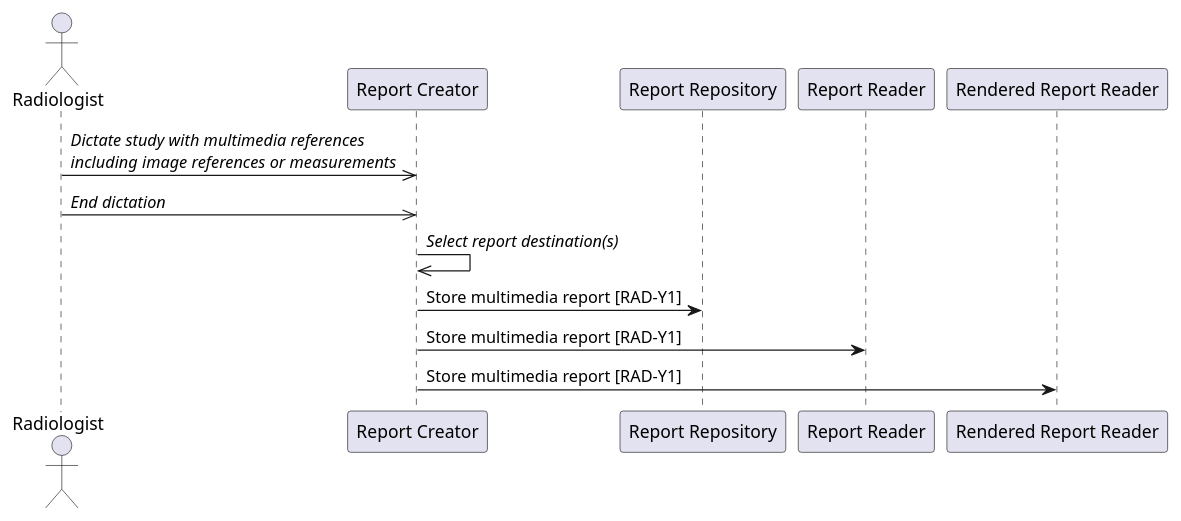
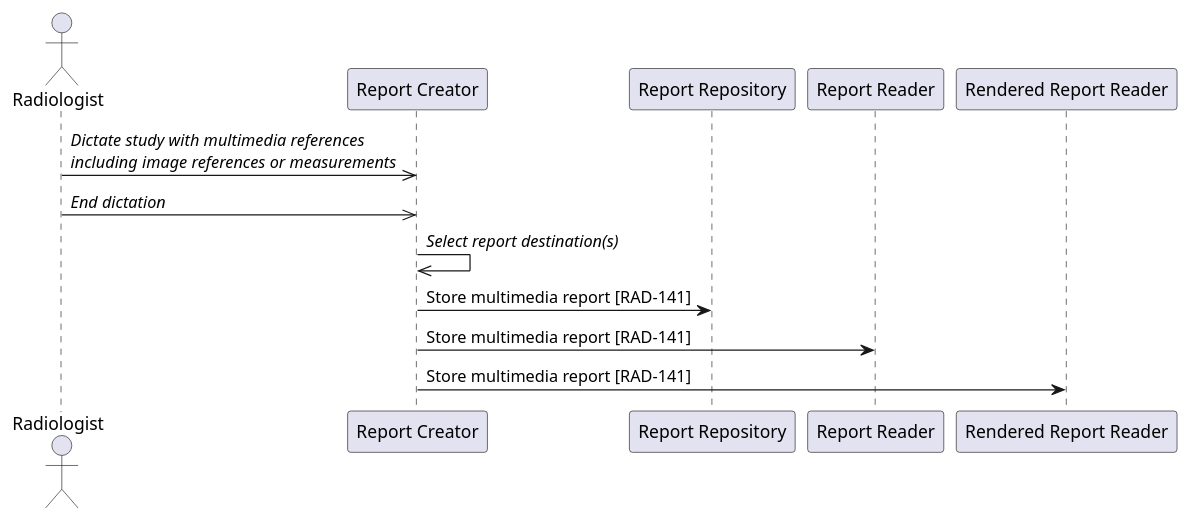
Before and after one commit to IHE/RAD.IMR: the diagram in input/images-source/uc1-authoring-report.plantuml, drawn with PlantUML. The commit also changed 21 other files, not shown here.

```diff
--- a/input/images-source/uc1-authoring-report.plantuml
+++ b/input/images-source/uc1-authoring-report.plantuml
@@ -1,19 +1,19 @@
 @startuml
 
 actor "Radiologist" as Rad
 
 participant "Report Creator" as RCreator
 participant "Report Repository" as Repo
 participant "Report Reader" as Reader
 participant "Rendered Report Reader" as RenderedReader
 
 Rad->>RCreator: //Dictate study with multimedia references//\n//including image references or measurements//
 Rad->>RCreator: //End dictation//
 
 RCreator->>RCreator: //Select report destination(s)//
-RCreator->Repo: Store multimedia report [RAD-Y1]
-RCreator->Reader: Store multimedia report [RAD-Y1]
-RCreator->RenderedReader: Store multimedia report [RAD-Y1]
+RCreator->Repo: Store multimedia report [RAD-141]
+RCreator->Reader: Store multimedia report [RAD-141]
+RCreator->RenderedReader: Store multimedia report [RAD-141]
 
 
 @enduml
```
